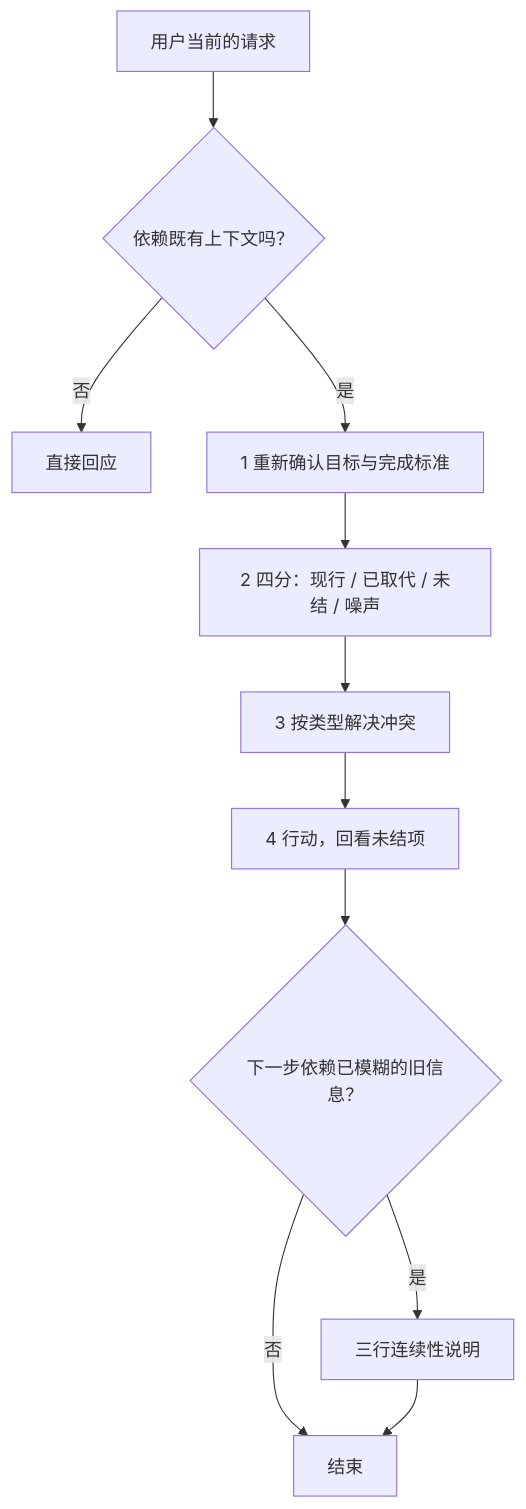
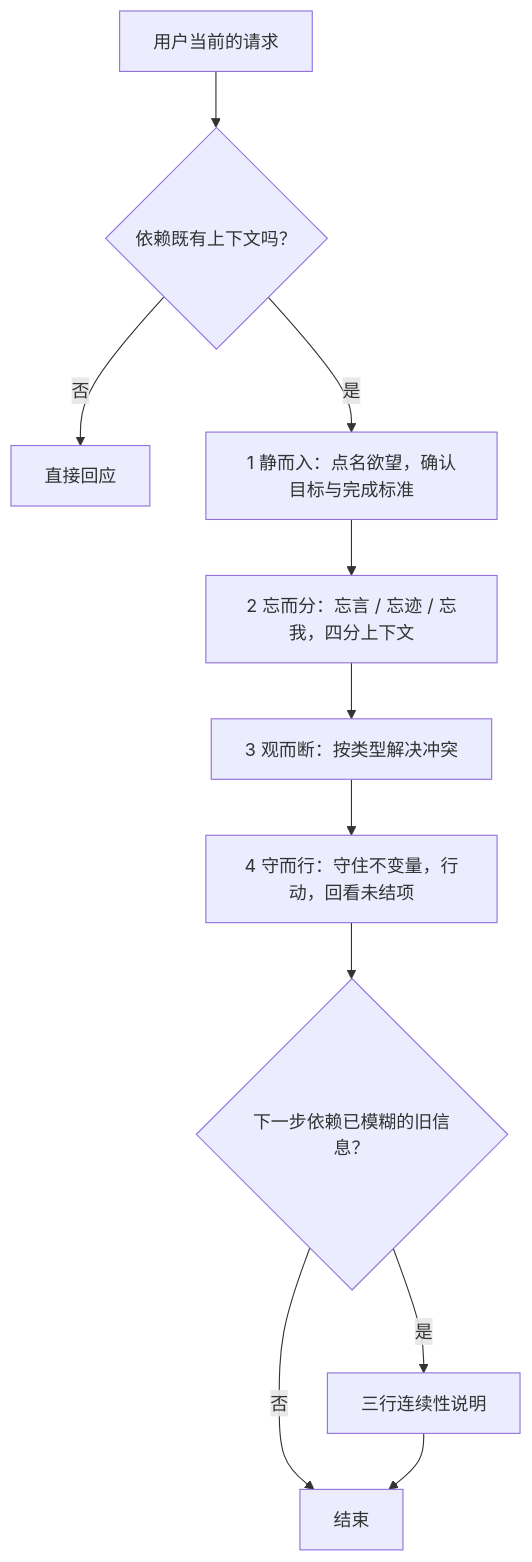
Before and after one commit to phoenixlucky/zuowang-skill: the diagram in README.md, drawn with Mermaid. The commit also changed other lines of this file and 1 other file, not shown here.

````diff
--- a/README.md
+++ b/README.md
@@ -48,13 +93,13 @@
 ```mermaid
 flowchart TD
     A["用户当前的请求"] --> B{"依赖既有上下文吗？"}
     B -- "否" --> C["直接回应"]
-    B -- "是" --> D["1 重新确认目标与完成标准"]
-    D --> E["2 四分：现行 / 已取代 / 未结 / 噪声"]
-    E --> F["3 按类型解决冲突"]
-    F --> G["4 行动，回看未结项"]
+    B -- "是" --> D["1 静而入：点名欲望，确认目标与完成标准"]
+    D --> E["2 忘而分：忘言 / 忘迹 / 忘我，四分上下文"]
+    E --> F["3 观而断：按类型解决冲突"]
+    F --> G["4 守而行：守住不变量，行动，回看未结项"]
     G --> H{"下一步依赖已模糊的旧信息？"}
     H -- "否" --> I["结束"]
     H -- "是" --> J["三行连续性说明"]
     J --> I
 ```
````
